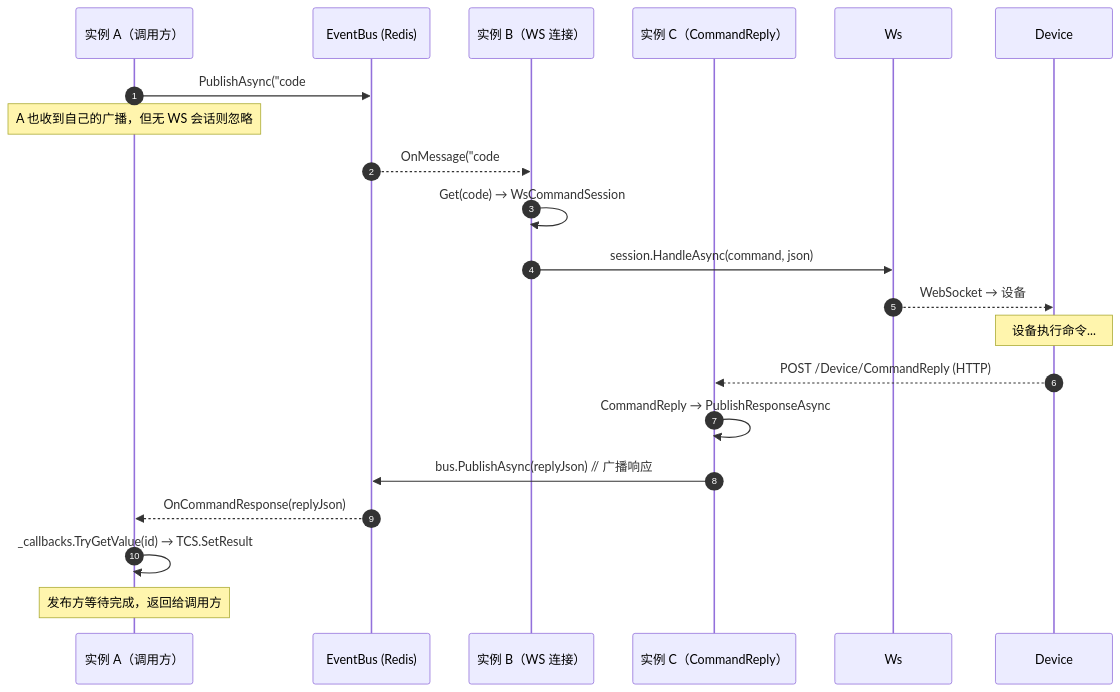
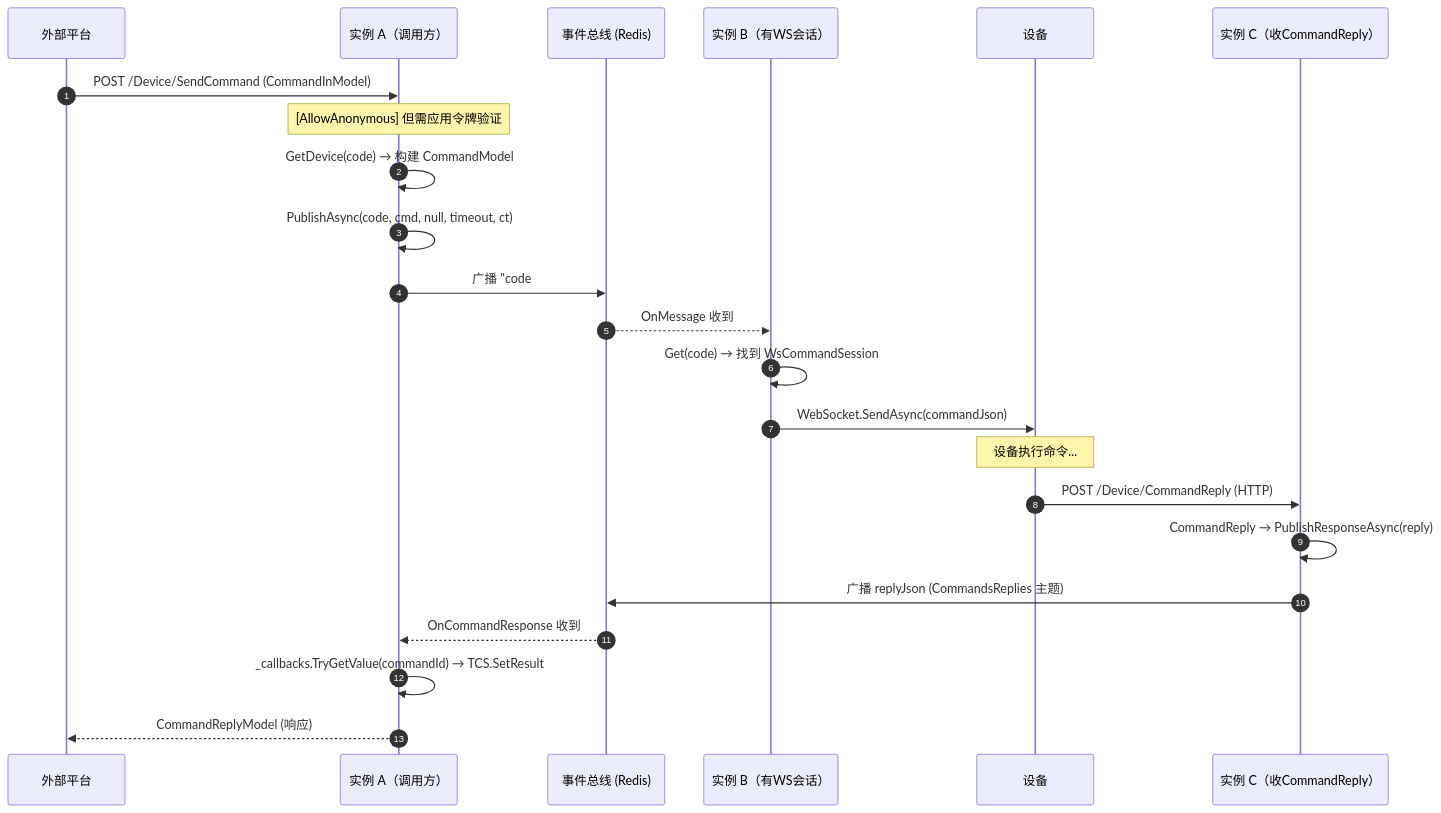
The eighth of 10 diagrams in Doc/SRV-服务端架构.md (NewLifeX/NewLife.Remoting), drawn with Mermaid before and after one commit. The commit also changed other lines of this file, not shown here.

````diff
--- a/Doc/SRV-服务端架构.md
+++ b/Doc/SRV-服务端架构.md
@@ -778,27 +321,32 @@
 ```mermaid
 sequenceDiagram
     autonumber
+    participant API as 外部平台
     participant A as 实例 A（调用方）
-    participant Bus as EventBus (Redis)
-    participant B as 实例 B（WS 连接）
-    participant C as 实例 C（CommandReply）
+    participant Bus as 事件总线 (Redis)
+    participant B as 实例 B（有WS会话）
+    participant D as 设备
+    participant C as 实例 C（收CommandReply）
 
-    A->>Bus: PublishAsync("code#json")  // 广播命令
-    Note over A: A 也收到自己的广播，但无 WS 会话则忽略
+    API->>A: POST /Device/SendCommand (CommandInModel)
+    Note over A: [AllowAnonymous] 但需应用令牌验证
 
-    Bus-->>B: OnMessage("code#json")   // 订阅者收到
-    B->>B: Get(code) → WsCommandSession
-    B->>Ws: session.HandleAsync(command, json)
-    Ws-->>Device: WebSocket → 设备
+    A->>A: GetDevice(code) → 构建 CommandModel
+    A->>A: PublishAsync(code, cmd, null, timeout, ct)
+    A->>Bus: 广播 "code#json" (Commands 主题)
 
-    Note over Device: 设备执行命令...
+    Bus-->>B: OnMessage 收到
+    B->>B: Get(code) → 找到 WsCommandSession
+    B->>D: WebSocket.SendAsync(commandJson)
 
-    Device-->>C: POST /Device/CommandReply (HTTP)
-    C->>C: CommandReply → PublishResponseAsync
-    C->>Bus: bus.PublishAsync(replyJson)  // 广播响应
+    Note over D: 设备执行命令...
 
-    Bus-->>A: OnCommandResponse(replyJson)
-    A->>A: _callbacks.TryGetValue(id) → TCS.SetResult
+    D->>C: POST /Device/CommandReply (HTTP)
+    C->>C: CommandReply → PublishResponseAsync(reply)
+    C->>Bus: 广播 replyJson (CommandsReplies 主题)
 
-    Note over A: 发布方等待完成，返回给调用方
+    Bus-->>A: OnCommandResponse 收到
+    A->>A: _callbacks.TryGetValue(commandId) → TCS.SetResult
+
+    A-->>API: CommandReplyModel (响应)
 ```
````
